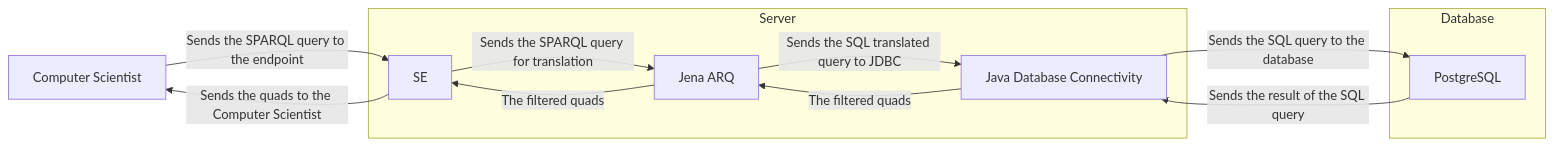
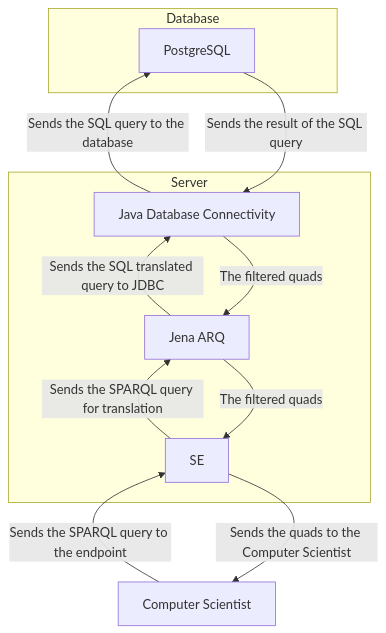
Before and after one commit to VCityTeam/ConVer-G: the second of 3 diagrams in Readme.md, drawn with Mermaid. The commit also changed other lines of this file and 28 other files, not shown here.

Commit message:
Workspace implementation - Added workspace model     - Graph of city version implemented     - Workspace and transition import - Added some tests - Removed old dataset - Removed CompleteVersionedWorkspace class

````diff
--- a/Readme.md
+++ b/Readme.md
@@ -112,16 +125,16 @@
 ```mermaid
-flowchart LR
+flowchart BT
     CS[Computer Scientist] --> |Sends the SPARQL query to the endpoint| SE
     SE --> |Sends the quads to the Computer Scientist| CS 
     subgraph Server
         SE --> |Sends the SPARQL query for translation| ARQ[Jena ARQ]
         ARQ --> |Sends the SQL translated query to JDBC| JDBC[Java Database Connectivity]
         JDBC --> |The filtered quads| ARQ
         ARQ --> |The filtered quads| SE
         
     end
     subgraph Database
         JDBC --> |Sends the SQL query to the database| DB[PostgreSQL]
         DB --> |Sends the result of the SQL query| JDBC
     end
 ```
````
